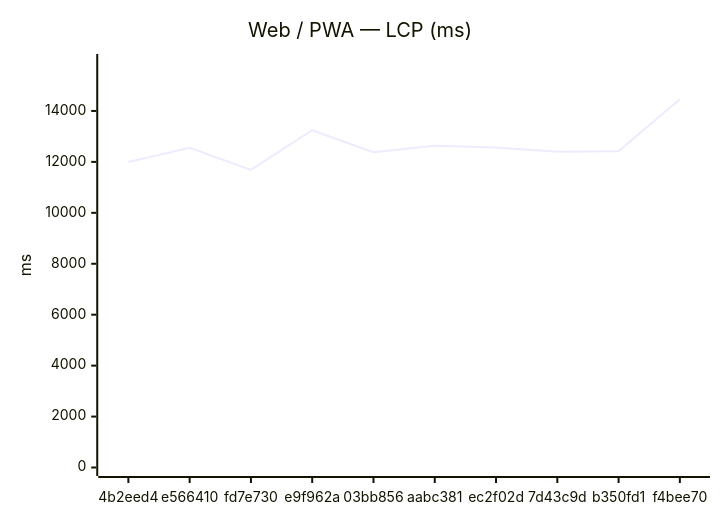
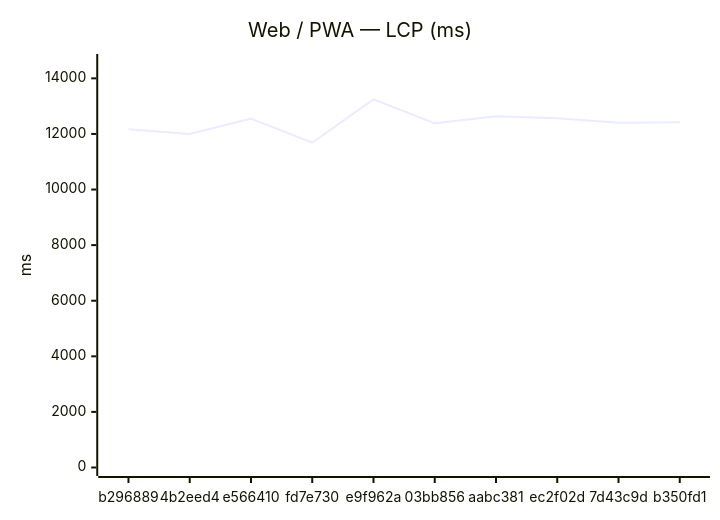
Before and after one commit to Metaheurist/Rianell: the first of 18 diagrams in benchmarks/compare.md, drawn with Mermaid. The commit also changed other lines of this file and 11 other files, not shown here.

````diff
--- a/benchmarks/compare.md
+++ b/benchmarks/compare.md
@@ -24,7 +24,7 @@
 ```mermaid
 xychart-beta
     title "Web / PWA — LCP (ms)"
-    x-axis ["4b2eed4", "e566410", "fd7e730", "e9f962a", "03bb856", "aabc381", "ec2f02d", "7d43c9d", "b350fd1", "f4bee70"]
-    y-axis "ms" 0 --> 15903
-    line [11999, 12553, 11687, 13245, 12382, 12632, 12566, 12399, 12420, 14457]
+    x-axis ["b296889", "4b2eed4", "e566410", "fd7e730", "e9f962a", "03bb856", "aabc381", "ec2f02d", "7d43c9d", "b350fd1"]
+    y-axis "ms" 0 --> 14570
+    line [12168, 11999, 12553, 11687, 13245, 12382, 12632, 12566, 12399, 12420]
 ```
````
